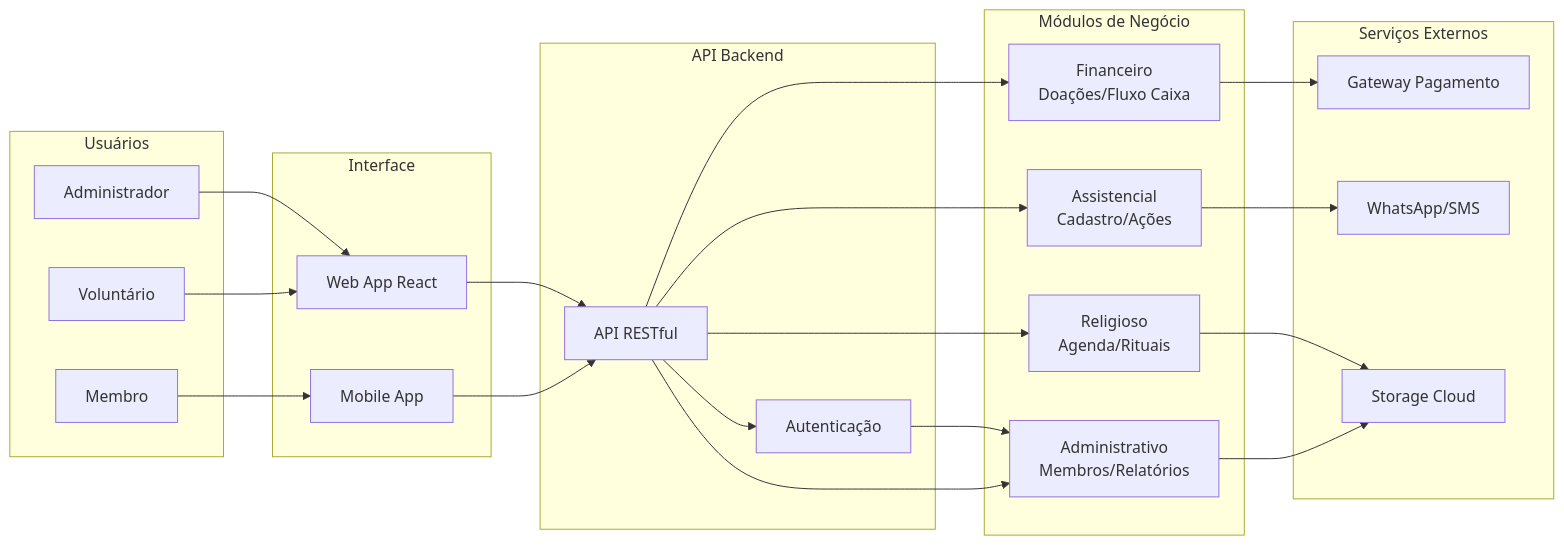
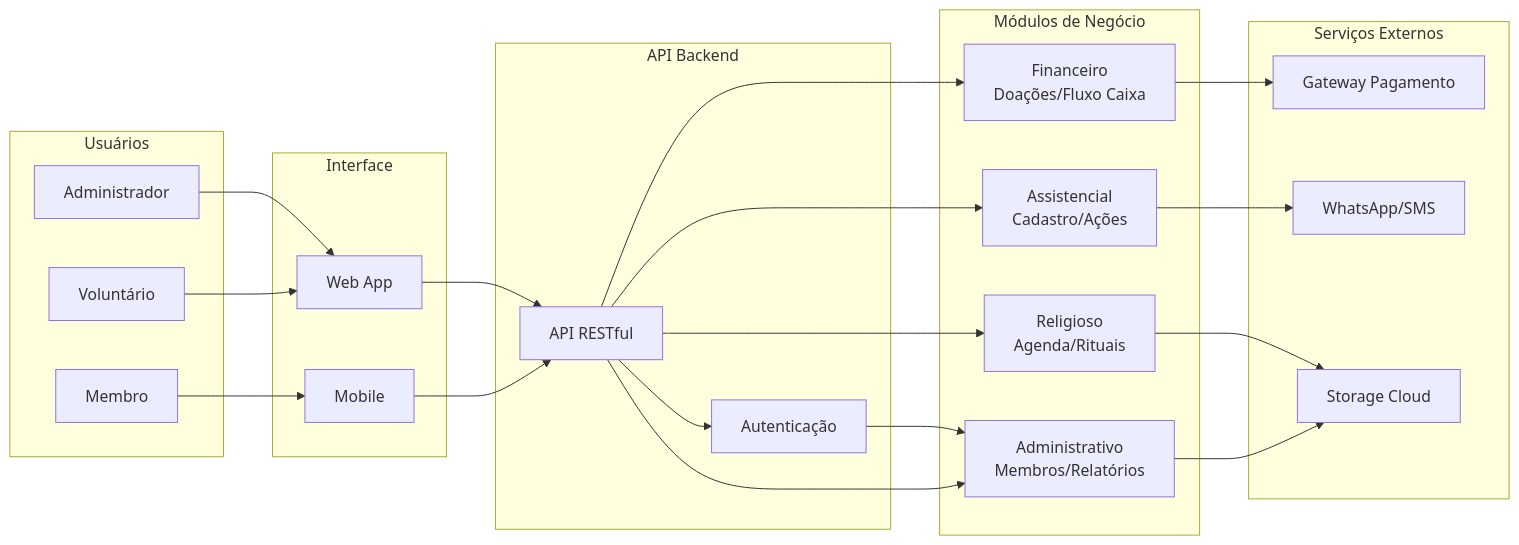
The diagram in README.md (ebarrosjr/igreja-aberta), drawn with Mermaid before and after one commit. The commit also changed other lines of this file and 1 other file, not shown here.

Commit message:
Repo init

````diff
--- a/README.md
+++ b/README.md
@@ -126,52 +128,52 @@
 ```mermaid
 flowchart LR
 
     subgraph USUARIOS [Usuários]
         Admin[Administrador]
         Membro[Membro]
         Voluntario[Voluntário]
     end
 
     subgraph FRONTEND [Interface]
-        WebApp[Web App React]
-        Mobile[Mobile App]
+        WebApp[Web App]
+        Mobile[Mobile]
     end
 
     subgraph BACKEND [API Backend]
         Auth[Autenticação]
         API[API RESTful]
     end
 
     subgraph MODULOS [Módulos de Negócio]
         Fin[Financeiro<br/>Doações/Fluxo Caixa]
         Ass[Assistencial<br/>Cadastro/Ações]
         Rel[Religioso<br/>Agenda/Rituais]
         Adm[Administrativo<br/>Membros/Relatórios]
     end
 
     subgraph EXTERNO [Serviços Externos]
         Pag[Gateway Pagamento]
         Msg[WhatsApp/SMS]
         Cloud[Storage Cloud]
     end
 
     Admin --> WebApp
     Membro --> Mobile
     Voluntario --> WebApp
     
     WebApp --> API
     Mobile --> API
     
     API --> Auth
     Auth --> Adm
     
     API --> Fin
     API --> Ass
     API --> Rel
     API --> Adm
     
     Fin --> Pag
     Ass --> Msg
     Rel --> Cloud
     Adm --> Cloud
 ```
````
